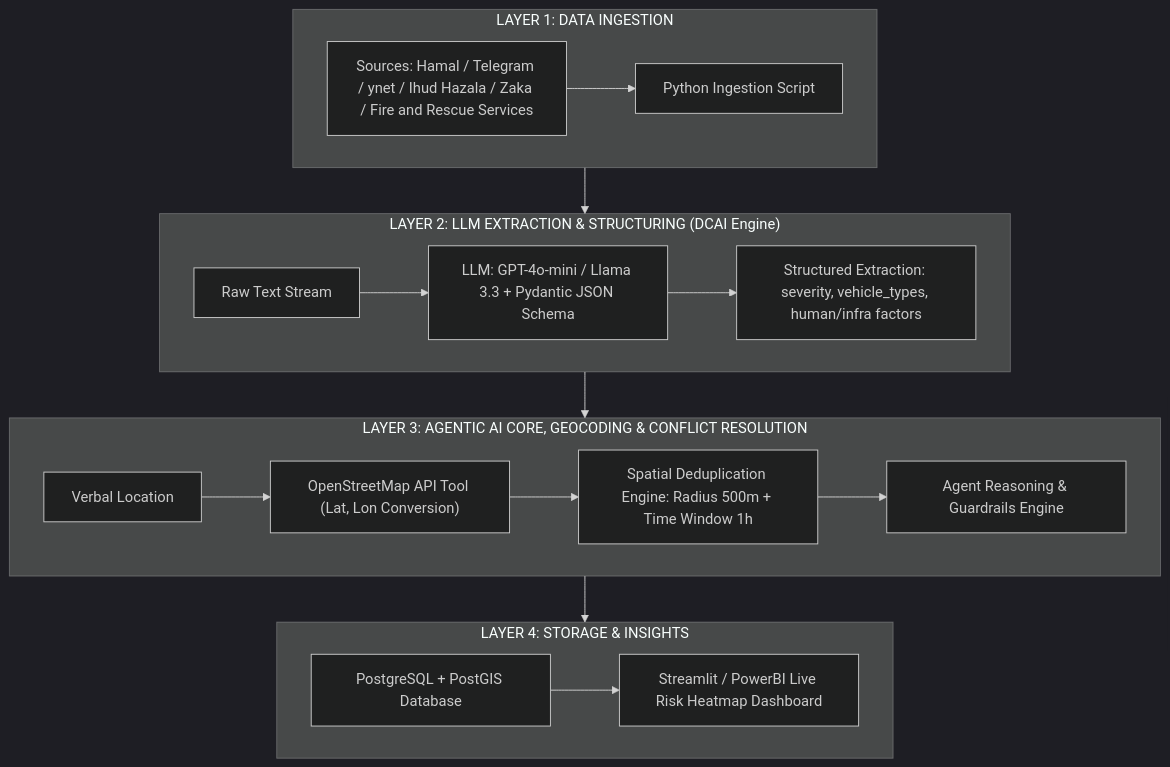
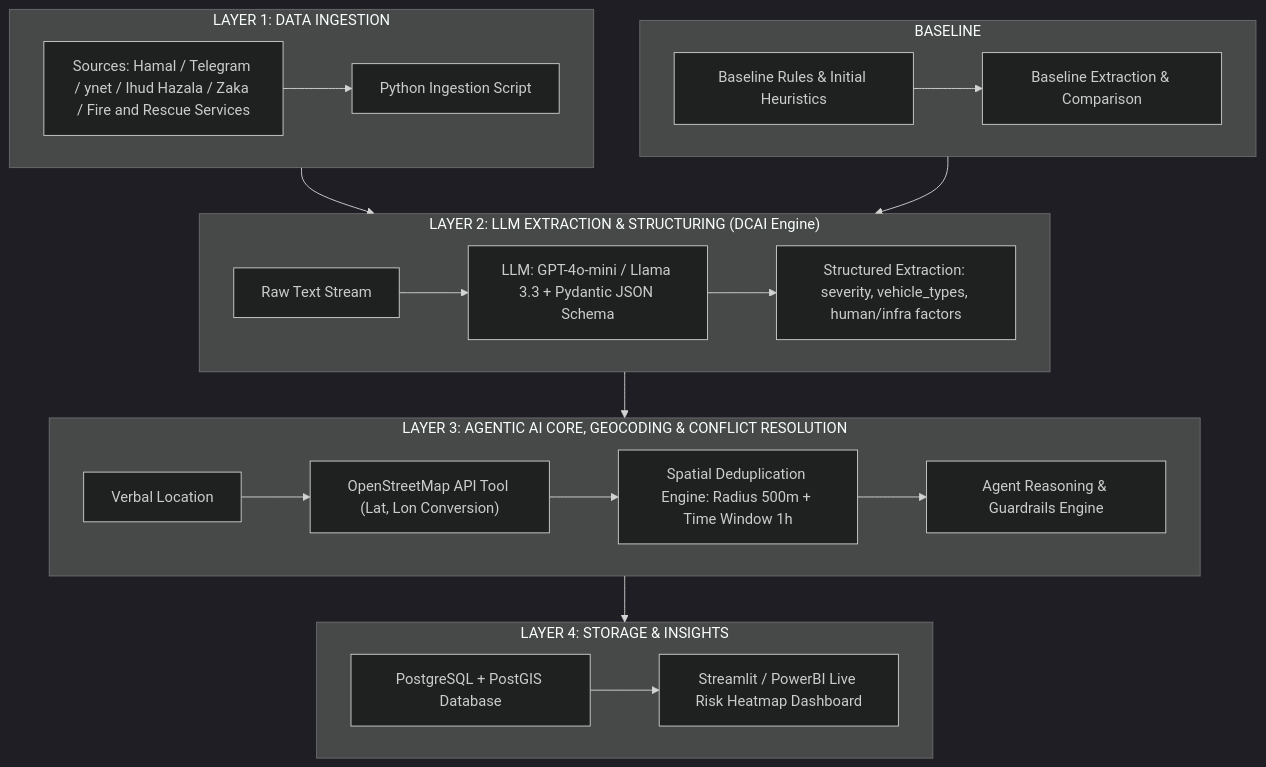
The diagram in CHARTER_E_V1.md (golanliza-coder/From_News_to_Action), drawn with Mermaid (dark theme) before and after one commit. The commit also changed other lines of this file and 1 other file, not shown here.

Commit message:
Update project charter and files

````diff
--- a/CHARTER_E_V1.md
+++ b/CHARTER_E_V1.md
@@ -33,25 +43,30 @@
 ```mermaid
 flowchart TD
+    subgraph BASELINE ["BASELINE"]
+        BL1["Baseline Rules & Initial Heuristics"] --> BL2["Baseline Extraction & Comparison"]
+    end
+
     subgraph L1 ["LAYER 1: DATA INGESTION"]
         A1["Sources: Hamal / Telegram / ynet / Ihud Hazala / Zaka / Fire and Rescue Services"] --> A2["Python Ingestion Script"]
     end
 
     subgraph L2 ["LAYER 2: LLM EXTRACTION & STRUCTURING (DCAI Engine)"]
         B1["Raw Text Stream"] --> B2["LLM: GPT-4o-mini / Llama 3.3 + Pydantic JSON Schema"]
         B2 --> B3["Structured Extraction: severity, vehicle_types, human/infra factors"]
     end
 
     subgraph L3 ["LAYER 3: AGENTIC AI CORE, GEOCODING & CONFLICT RESOLUTION"]
         C1["Verbal Location"] --> C2["OpenStreetMap API Tool (Lat, Lon Conversion)"]
         C2 --> C3["Spatial Deduplication Engine: Radius 500m + Time Window 1h"]
         C3 --> C4["Agent Reasoning & Guardrails Engine"]
     end
 
     subgraph L4 ["LAYER 4: STORAGE & INSIGHTS"]
         D1["PostgreSQL + PostGIS Database"] --> D2["Streamlit / PowerBI Live Risk Heatmap Dashboard"]
     end
 
     L1 --> L2
+    BASELINE --> L2
     L2 --> L3
     L3 --> L4
-   ```
+```
````
